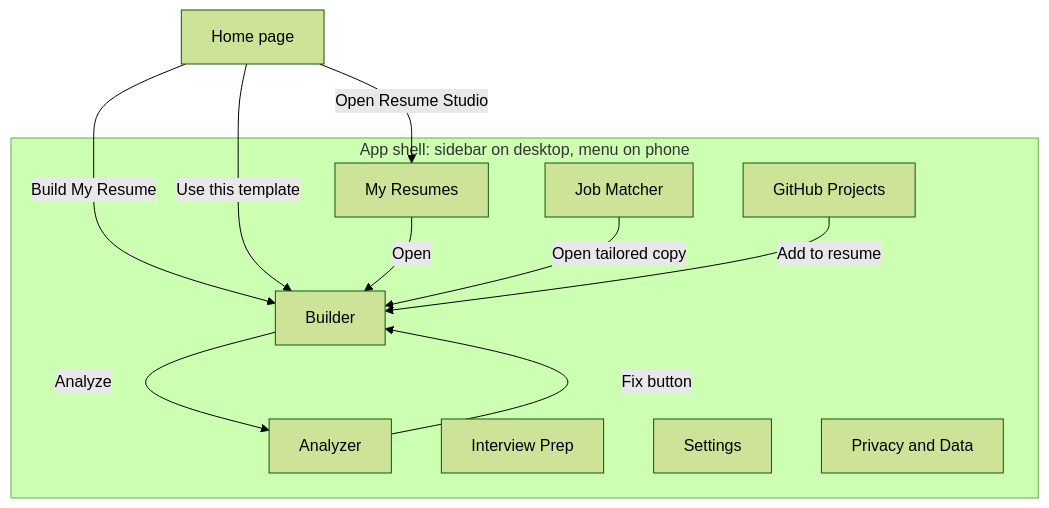
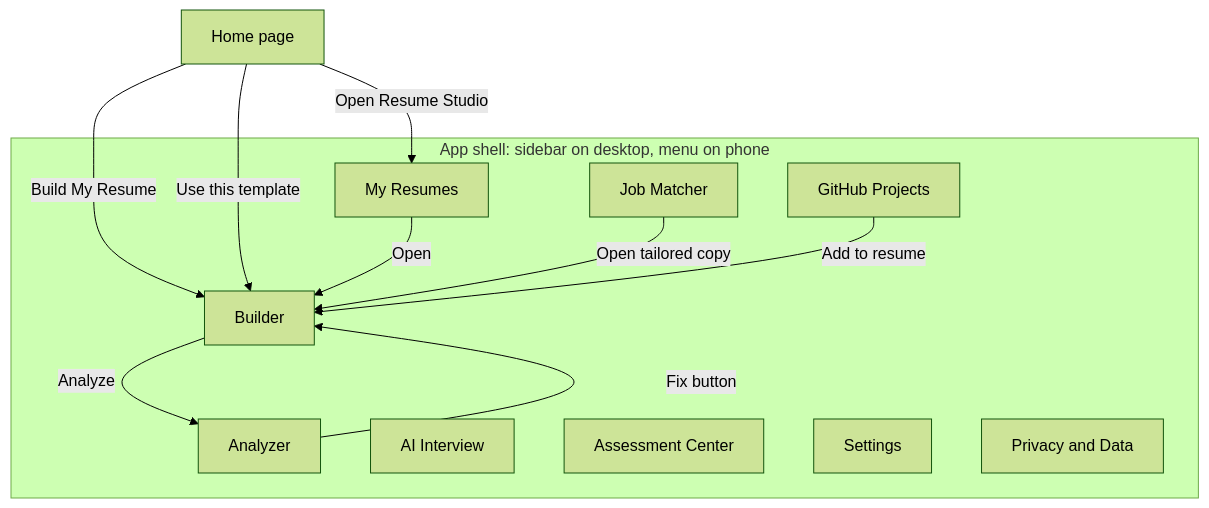
Before and after one commit to silent-coder-dev/ai-resume-builder: the second of 36 diagrams in doc/04-FLOWCHARTS.md, drawn with Mermaid (forest theme). The commit also changed other lines of this file and 48 other files, not shown here.

````diff
--- a/doc/04-FLOWCHARTS.md
+++ b/doc/04-FLOWCHARTS.md
@@ -100,23 +109,24 @@
 ```mermaid
 flowchart TD
     HOME["Home page"] -->|"Build My Resume"| B["Builder"]
     HOME -->|"Open Resume Studio"| R["My Resumes"]
     HOME -->|"Use this template"| B
 
     subgraph Shell["App shell: sidebar on desktop, menu on phone"]
         B
         R
         AN["Analyzer"]
         JM["Job Matcher"]
         GHP["GitHub Projects"]
-        IV["Interview Prep"]
+        IV["AI Interview"]
+        AC["Assessment Center"]
         ST["Settings"]
         PR["Privacy and Data"]
     end
 
     R -->|"Open"| B
     AN -->|"Fix button"| B
     JM -->|"Open tailored copy"| B
     GHP -->|"Add to resume"| B
     B -->|"Analyze"| AN
 ```
````
